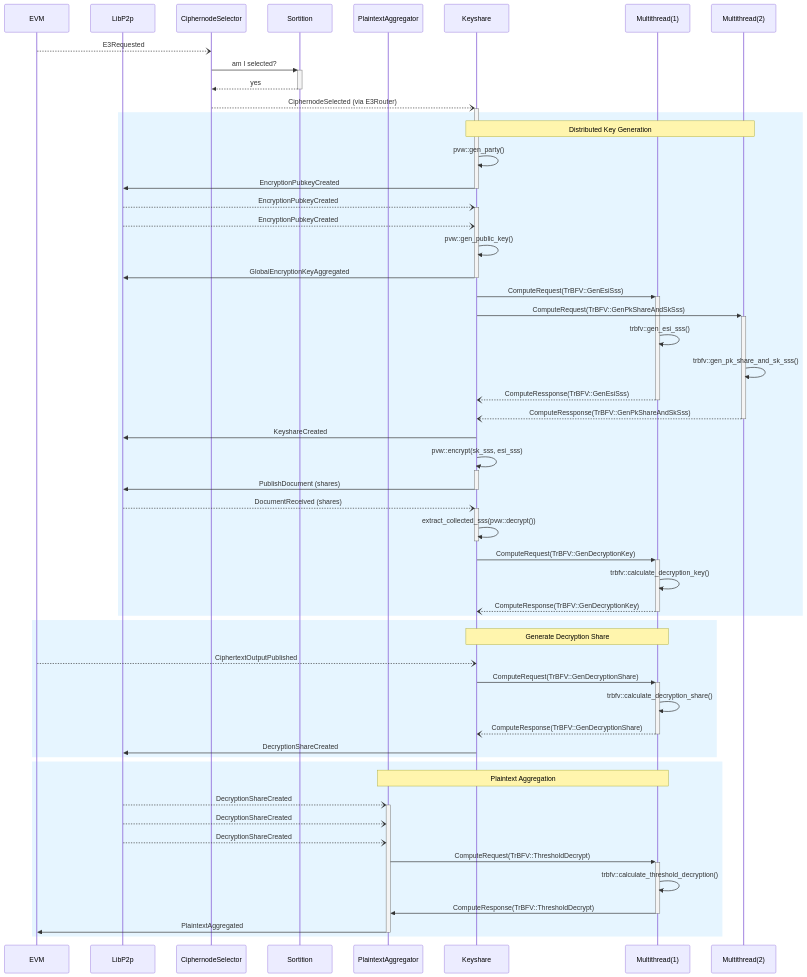
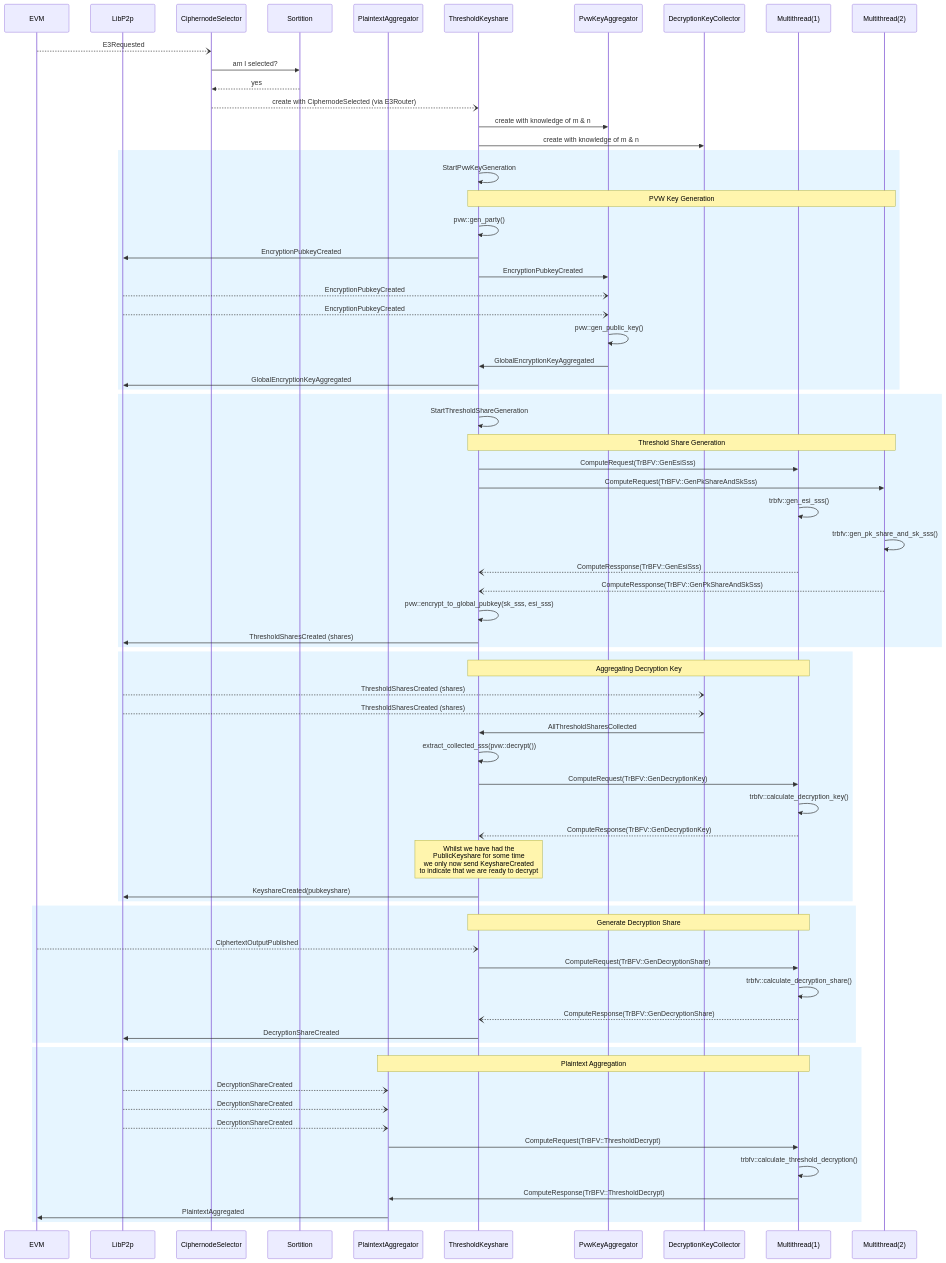
Before and after one commit to gnosisguild/enclave: the diagram in crates/events/trbfv_actor_seq.mmd, drawn with Mermaid. The commit also changed 27 other files, not shown here.

Commit message:
feat: redesign interactions and setup basic state in threshold keyshare

```diff
--- a/crates/events/trbfv_actor_seq.mmd
+++ b/crates/events/trbfv_actor_seq.mmd
@@ -1,61 +1,73 @@
 sequenceDiagram
   participant E as EVM
   participant L as LibP2p
   participant CS as CiphernodeSelector
   participant S as Sortition
   participant P as PlaintextAggregator
-  participant K as Keyshare
+  participant K as ThresholdKeyshare
+  participant K2 as PvwKeyAggregator
+  participant K3 as DecryptionKeyCollector
   participant M as Multithread(1)
   participant M2 as Multithread(2)
 
-
   E --) CS: E3Requested
-  CS ->>+ S: am I selected?
-  S -->>- CS: yes
-  CS --)+ K: CiphernodeSelected (via E3Router)
-
+  CS ->> S: am I selected?
+  S -->> CS: yes
+  CS --) K: create with CiphernodeSelected (via E3Router)
+  K ->> K2: create with knowledge of m & n 
+  K ->> K3: create with knowledge of m & n 
   rect rgb(230, 245, 255)
-    Note over K,M2: Distributed Key Generation 
+    K ->> K: StartPvwKeyGeneration
+    Note over K, M2: PVW Key Generation
     K ->> K: pvw::gen_party()
-    K ->>- L: EncryptionPubkeyCreated
-    L --)+ K: EncryptionPubkeyCreated
-    L --) K: EncryptionPubkeyCreated
-    K ->> K: pvw::gen_public_key()
-    K ->>- L: GlobalEncryptionKeyAggregated
-    K ->>+ M: ComputeRequest(TrBFV::GenEsiSss)
-    K ->>+ M2: ComputeRequest(TrBFV::GenPkShareAndSkSss)
+    K ->> L: EncryptionPubkeyCreated
+    K ->> K2: EncryptionPubkeyCreated
+    L --) K2: EncryptionPubkeyCreated
+    L --) K2: EncryptionPubkeyCreated
+    K2 ->> K2: pvw::gen_public_key()
+    K2 ->> K: GlobalEncryptionKeyAggregated
+    K ->> L: GlobalEncryptionKeyAggregated
+  end
+  rect rgb(230, 245, 255)
+    K ->> K: StartThresholdShareGeneration
+    Note over K, M2: Threshold Share Generation
+    K ->> M: ComputeRequest(TrBFV::GenEsiSss)
+    K ->> M2: ComputeRequest(TrBFV::GenPkShareAndSkSss)
     M ->> M: trbfv::gen_esi_sss()
     M2 ->> M2: trbfv::gen_pk_share_and_sk_sss()
-    M --)- K: ComputeRessponse(TrBFV::GenEsiSss)
-    M2 --)- K: ComputeRessponse(TrBFV::GenPkShareAndSkSss)
-    K ->> L: KeyshareCreated
-    K ->>+ K: pvw::encrypt(sk_sss, esi_sss)
-    K ->>- L: PublishDocument (shares)
-    L --)+ K: DocumentReceived (shares)
-    K ->>- K: extract_collected_sss(pvw::decrypt())
-    K ->>+ M: ComputeRequest(TrBFV::GenDecryptionKey)
+    M --) K: ComputeRessponse(TrBFV::GenEsiSss)
+    M2 --) K: ComputeRessponse(TrBFV::GenPkShareAndSkSss)
+    K ->> K: pvw::encrypt_to_global_pubkey(sk_sss, esi_sss)
+    K ->> L: ThresholdSharesCreated (shares)
+  end
+  rect rgb(230, 245, 255)
+    Note over K, M: Aggregating Decryption Key
+    L --) K3: ThresholdSharesCreated (shares)
+    L --) K3: ThresholdSharesCreated (shares)
+    K3 ->> K: AllThresholdSharesCollected
+    K ->> K: extract_collected_sss(pvw::decrypt())
+    K ->> M: ComputeRequest(TrBFV::GenDecryptionKey)
     M ->> M: trbfv::calculate_decryption_key()
-    M --)- K: ComputeResponse(TrBFV::GenDecryptionKey)
+    M --) K: ComputeResponse(TrBFV::GenDecryptionKey)
+    Note over K: Whilst we have had the <br/>PublicKeyshare for some time<br/> we only now send KeyshareCreated<br/> to indicate that we are ready to decrypt
+    K ->> L: KeyshareCreated(pubkeyshare)
   end
-
   rect rgb(230, 245, 255)
-    Note over K,M: Generate Decryption Share
+    Note over K, M: Generate Decryption Share
     E --) K: CiphertextOutputPublished
-    K ->>+ M: ComputeRequest(TrBFV::GenDecryptionShare)
+    K ->> M: ComputeRequest(TrBFV::GenDecryptionShare)
     M ->> M: trbfv::calculate_decryption_share()
-    M --)- K: ComputeResponse(TrBFV::GenDecryptionShare)
+    M --) K: ComputeResponse(TrBFV::GenDecryptionShare)
     K ->> L: DecryptionShareCreated
   end
-
   rect rgb(230, 245, 255)
-    Note over P,M: Plaintext Aggregation
-    L --)+ P: DecryptionShareCreated
+    Note over P, M: Plaintext Aggregation
     L --) P: DecryptionShareCreated
     L --) P: DecryptionShareCreated
-    P ->>+ M: ComputeRequest(TrBFV::ThresholdDecrypt)
+    L --) P: DecryptionShareCreated
+    P ->> M: ComputeRequest(TrBFV::ThresholdDecrypt)
     M ->> M: trbfv::calculate_threshold_decryption()
-    M ->>- P: ComputeResponse(TrBFV::ThresholdDecrypt)
-    P ->>- E: PlaintextAggregated
+    M ->> P: ComputeResponse(TrBFV::ThresholdDecrypt)
+    P ->> E: PlaintextAggregated
   end
-
   autonumber
```
